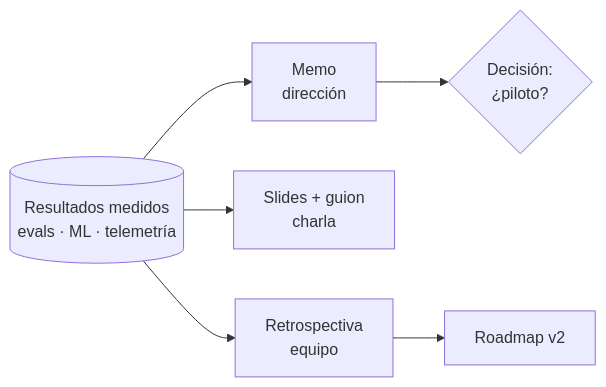
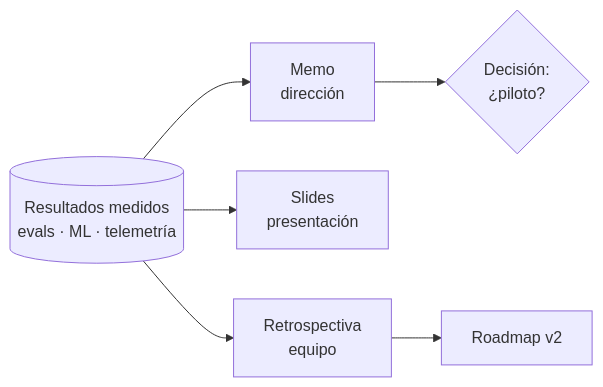
Before and after one commit to FutureTales/ai-engineering-demo: the diagram in docs/pasos/paso-10-cierre.md, drawn with Mermaid. The commit also changed other lines of this file and 22 other files, not shown here.

````diff
--- a/docs/pasos/paso-10-cierre.md
+++ b/docs/pasos/paso-10-cierre.md
@@ -34,8 +40,8 @@
 ```mermaid
 flowchart LR
     R[(Resultados medidos<br/>evals · ML · telemetría)] --> M[Memo<br/>dirección]
-    R --> S[Slides + guion<br/>charla]
+    R --> S[Slides<br/>presentación]
     R --> RE[Retrospectiva<br/>equipo]
     RE --> RM[Roadmap v2]
     M --> D{Decisión:<br/>¿piloto?}
 ```
````
